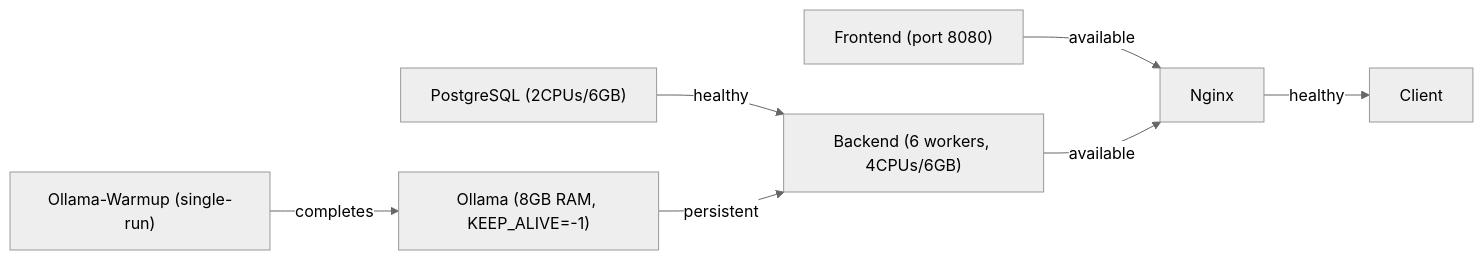
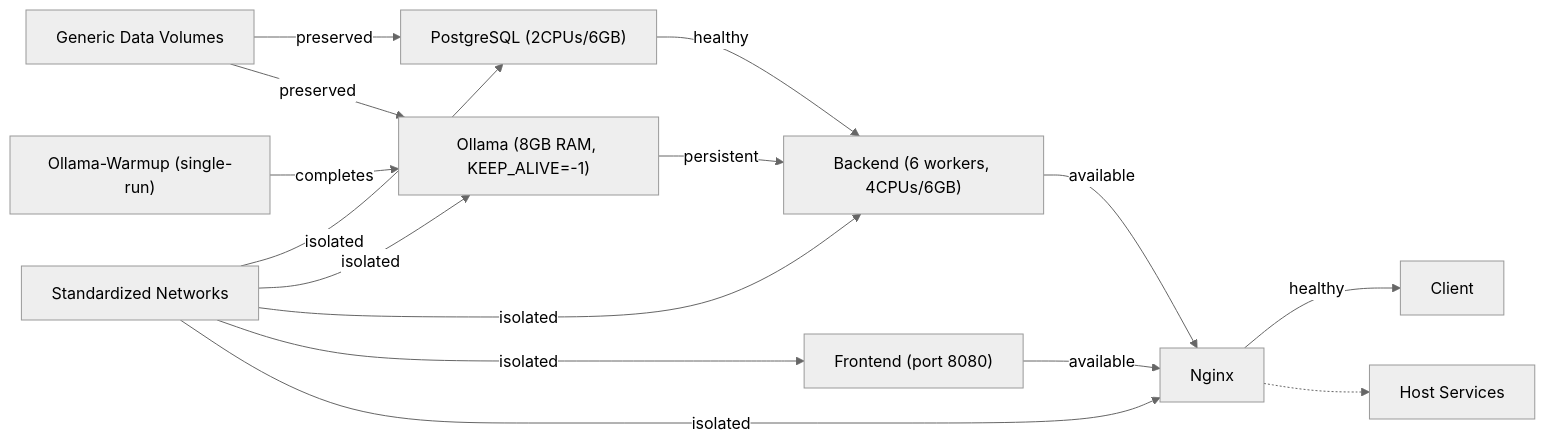
Before and after one commit to Revanththetalogics/aireume: the fifth of 5 diagrams in .qoder/repowiki/en/content/Deployment & DevOps/Production Deployment.md, drawn with Mermaid (neutral theme). The commit also changed other lines of this file and 58 other files, not shown here.

````diff
--- a/.qoder/repowiki/en/content/Deployment & DevOps/Production Deployment.md
+++ b/.qoder/repowiki/en/content/Deployment & DevOps/Production Deployment.md
@@ -329,9 +458,17 @@
 ```mermaid
 graph LR
 PG["PostgreSQL (2CPUs/6GB)"] -- "healthy" --> BE["Backend (6 workers, 4CPUs/6GB)"]
 OL["Ollama (8GB RAM, KEEP_ALIVE=-1)"] -- "persistent" --> BE
 FE["Frontend (port 8080)"] -- "available" --> NX["Nginx"]
 BE -- "available" --> NX
 WU["Ollama-Warmup (single-run)"] -- "completes" --> OL
 NX -- "healthy" --> CL["Client"]
+NX -.-> HOST["Host Services"]
+VD["Generic Data Volumes"] -- "preserved" --> PG
+VD -- "preserved" --> OL
+NET["Standardized Networks"] -- "isolated" --> PG
+NET -- "isolated" --> OL
+NET -- "isolated" --> BE
+NET -- "isolated" --> FE
+NET -- "isolated" --> NX
 ```
````
